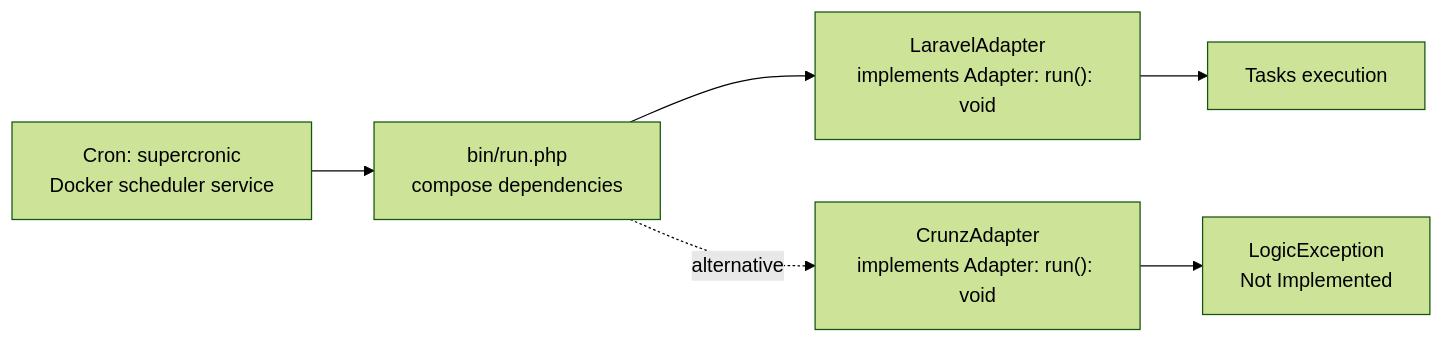
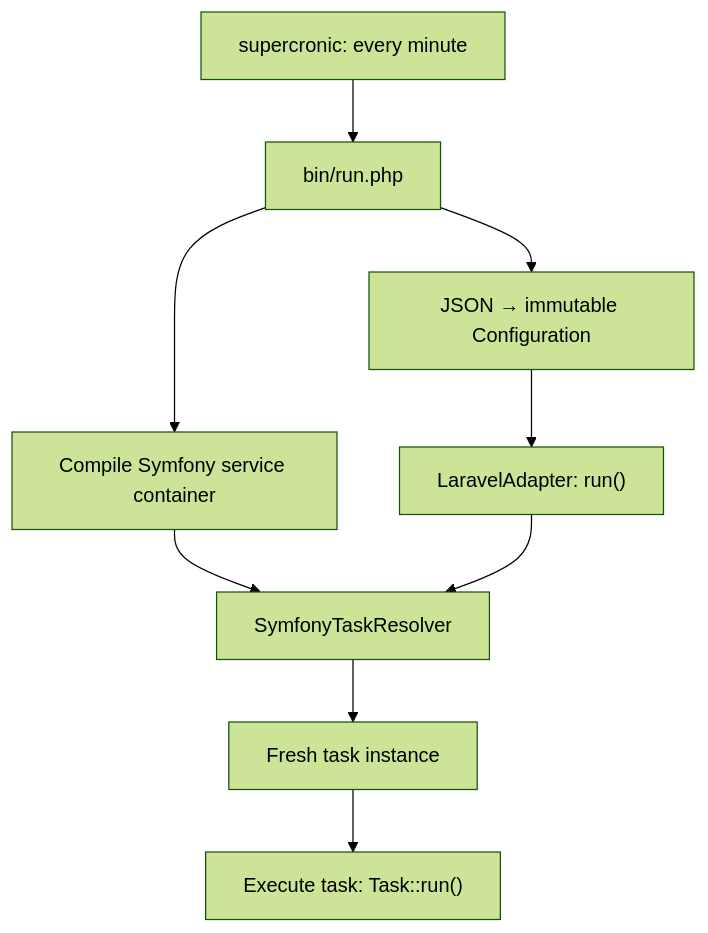
Before and after one commit to pupitooo/emorfiq-adapter: the diagram in README.md, drawn with Mermaid (forest theme). The commit also changed other lines of this file and 48 other files, not shown here.

Commit message:
Add Symfony task resolver and autowired task services (#3)

````diff
--- a/README.md
+++ b/README.md
@@ -53,8 +36,11 @@
 ```mermaid
-flowchart LR
-    Cron["Cron: supercronic<br/>Docker scheduler service"] --> CLI["bin/run.php<br/>compose dependencies"]
-    CLI --> Laravel["LaravelAdapter<br/>implements Adapter: run(): void"]
-    CLI -. alternative .-> Crunz["CrunzAdapter<br/>implements Adapter: run(): void"]
-    Laravel --> Task["Tasks execution"]
-    Crunz --> Error["LogicException<br/>Not Implemented"]
+flowchart TD
+    Cron["supercronic: every minute"] --> CLI["bin/run.php"]
+    CLI --> Config["JSON → immutable Configuration"]
+    CLI --> Container["Compile Symfony service container"]
+    Config --> Adapter["LaravelAdapter: run()"]
+    Container --> Resolver["SymfonyTaskResolver"]
+    Adapter --> Resolver
+    Resolver --> Task["Fresh task instance"]
+    Task --> Execution["Execute task: Task::run()"]
 ```
````
